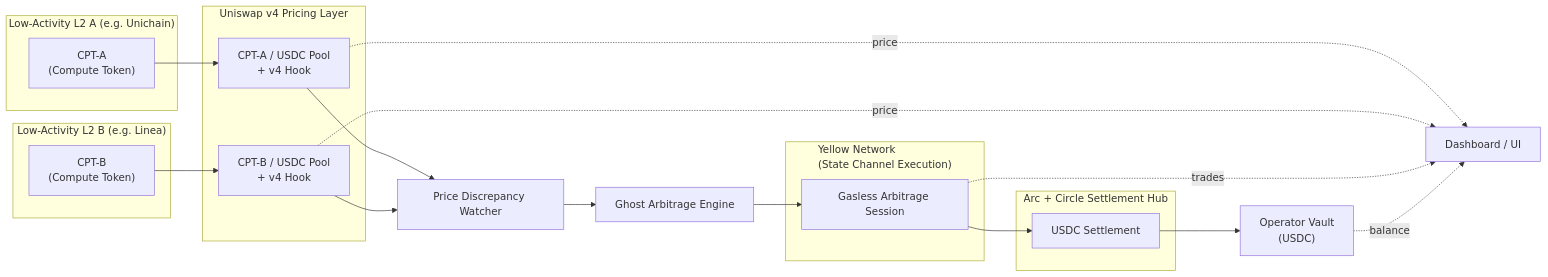
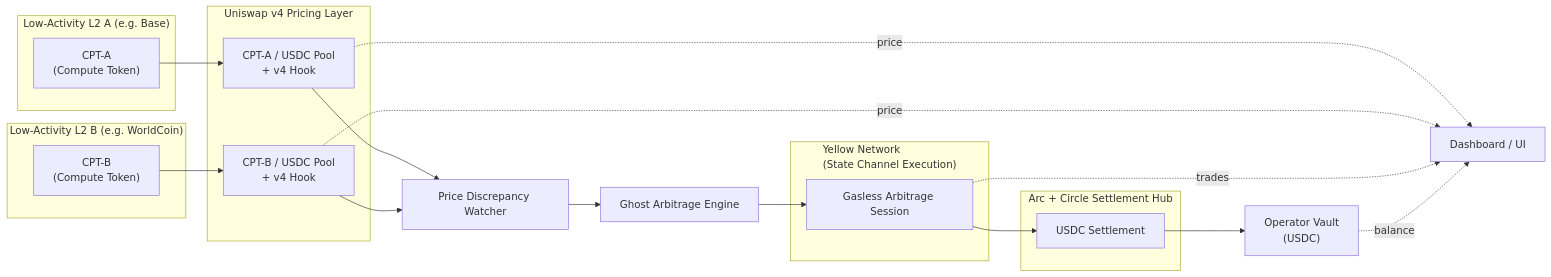
The first of 9 diagrams in README.md (mashharuki/hack-money-2026), drawn with Mermaid before and after one commit. The commit also changed other lines of this file and 8 other files, not shown here.

````diff
--- a/README.md
+++ b/README.md
@@ -126,70 +180,70 @@
 ```mermaid
 flowchart LR
   %% =========================
   %% Low-activity L2 Chains
   %% =========================
-  subgraph L2A["Low-Activity L2 A (e.g. Unichain)"]
+  subgraph L2A["Low-Activity L2 A (e.g. Base)"]
     CPTA["CPT-A\n(Compute Token)"]
   end
 
-  subgraph L2B["Low-Activity L2 B (e.g. Linea)"]
+  subgraph L2B["Low-Activity L2 B (e.g. WorldCoin)"]
     CPTB["CPT-B\n(Compute Token)"]
   end
 
   %% =========================
   %% Uniswap v4 Pricing Layer
   %% =========================
   subgraph UNI["Uniswap v4 Pricing Layer"]
     POOLA["CPT-A / USDC Pool\n+ v4 Hook"]
     POOLB["CPT-B / USDC Pool\n+ v4 Hook"]
   end
 
   %% =========================
   %% Arbitrage & Execution
   %% =========================
   WATCHER["Price Discrepancy Watcher"]
   ENGINE["Ghost Arbitrage Engine"]
 
   subgraph YELLOW["Yellow Network\n(State Channel Execution)"]
     SESSION["Gasless Arbitrage Session"]
   end
 
   %% =========================
   %% Settlement Layer
   %% =========================
   subgraph ARC["Arc + Circle Settlement Hub"]
     USDC["USDC Settlement"]
   end
 
   VAULT["Operator Vault\n(USDC)"]
 
   %% =========================
   %% Dashboard
   %% =========================
   DASH["Dashboard / UI"]
 
   %% =========================
   %% Token & Pricing Flow
   %% =========================
   CPTA --> POOLA
   CPTB --> POOLB
 
   POOLA --> WATCHER
   POOLB --> WATCHER
 
   WATCHER --> ENGINE
 
   ENGINE --> SESSION
 
   SESSION --> USDC
   USDC --> VAULT
 
   %% =========================
   %% Observability
   %% =========================
   POOLA -. price .-> DASH
   POOLB -. price .-> DASH
   SESSION -. trades .-> DASH
   VAULT -. balance .-> DASH
 
 ```
````
